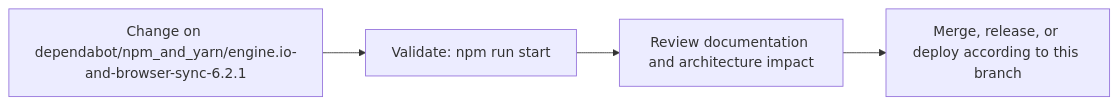
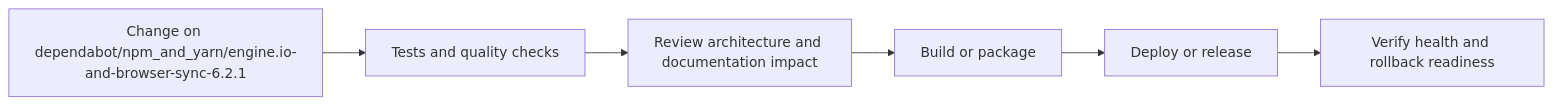
Before and after one commit to Nischhalsubba/wp_Theme_Ronal: the fourth of 5 diagrams in README.md, drawn with Mermaid. The commit also changed other lines of this file, not shown here.

````diff
--- a/README.md
+++ b/README.md
@@ -69,8 +146,8 @@
 ```mermaid
 flowchart LR
-    CHANGE["Change on dependabot/npm_and_yarn/engine.io-and-browser-sync-6.2.1"]
-    CHECK["Validate: npm run start"]
-    REVIEW["Review documentation and architecture impact"]
-    RELEASE["Merge, release, or deploy according to this branch"]
-    CHANGE --> CHECK --> REVIEW --> RELEASE
+    CHANGE["Change on dependabot/npm_and_yarn/engine.io-and-browser-sync-6.2.1"] --> CHECK["Tests and quality checks"]
+    CHECK --> REVIEW["Review architecture and documentation impact"]
+    REVIEW --> BUILD["Build or package"]
+    BUILD --> DEPLOY["Deploy or release"]
+    DEPLOY --> VERIFY["Verify health and rollback readiness"]
 ```
````
